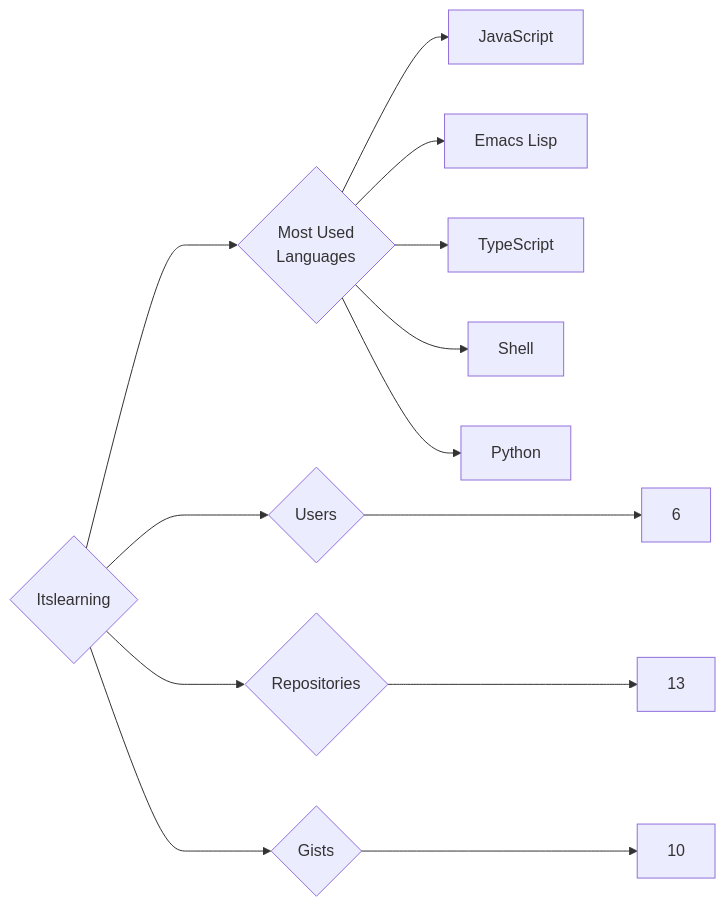
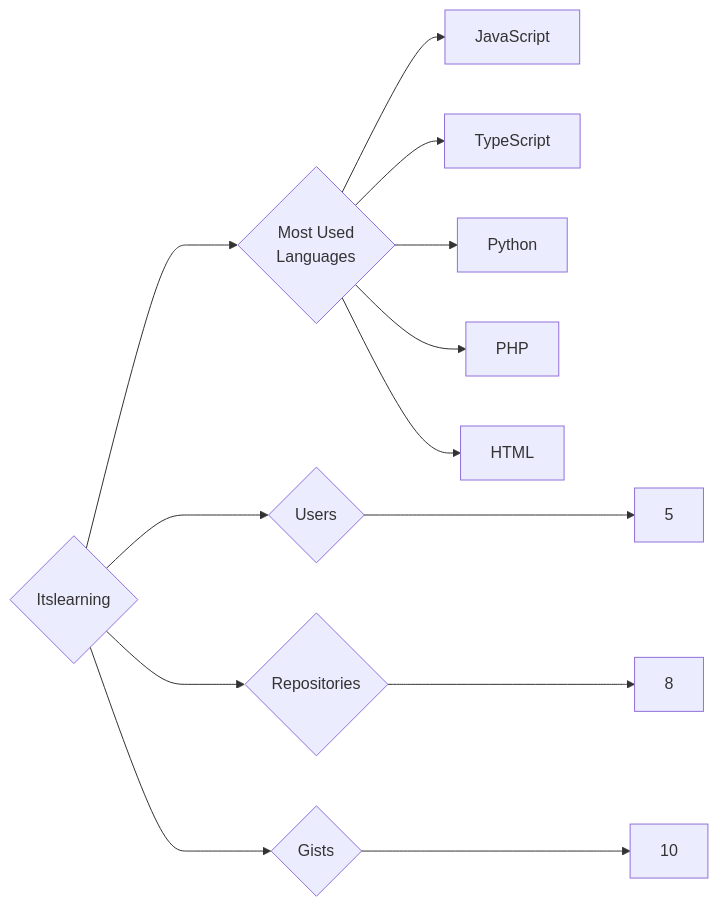
The diagram in targets/Itslearning/README.md (trickest/insiders), drawn with Mermaid before and after one commit. The commit also changed 736 other files, not shown here.

````diff
--- a/targets/Itslearning/README.md
+++ b/targets/Itslearning/README.md
@@ -3,13 +3,13 @@
 ```mermaid
 graph LR
 COMPANY_NAME{Itslearning}
-COMPANY_NAME ---> U{Users} ---> UN[6]
-COMPANY_NAME ---> R{Repositories} ---> RN[13]
+COMPANY_NAME ---> U{Users} ---> UN[5]
+COMPANY_NAME ---> R{Repositories} ---> RN[8]
 COMPANY_NAME ---> G{Gists} ---> GN[10]
 COMPANY_NAME ---> ML{Most Used<br>Languages}
 ML --> JavaScript[JavaScript]
-ML --> Emacs_Lisp[Emacs Lisp]
 ML --> TypeScript[TypeScript]
-ML --> Shell[Shell]
 ML --> Python[Python]
+ML --> PHP[PHP]
+ML --> HTML[HTML]
 ```
````
